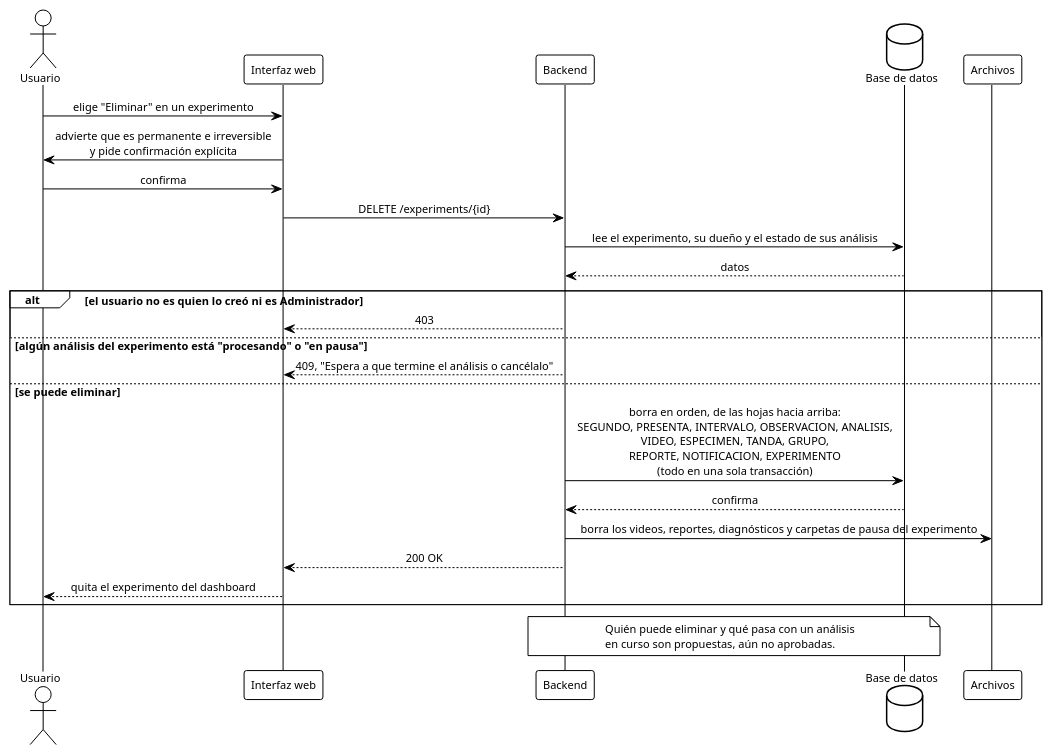
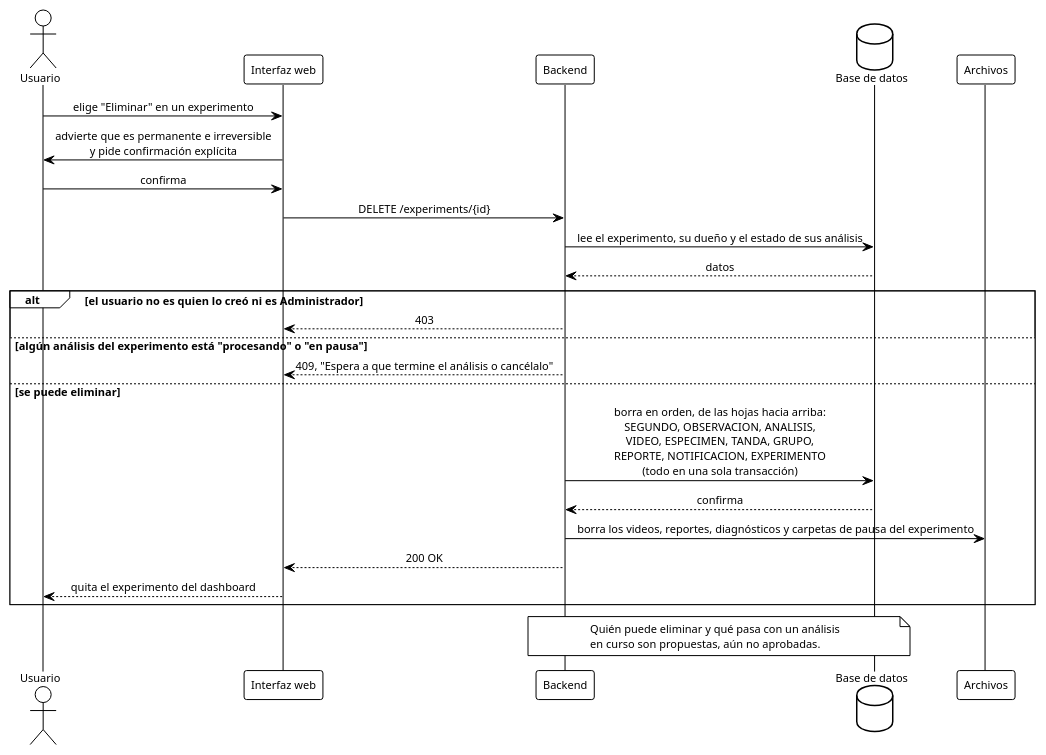
One commit to ErickJester/fst-ai-system-latex changed diagram 34 of 39 in INSTRUCCIONES-WEB.md. Above: the diagram before and after it, drawn with PlantUML. The commit also changed other lines of this file and 45 other files, not shown here.

````diff
--- a/INSTRUCCIONES-WEB.md
+++ b/INSTRUCCIONES-WEB.md
@@ -2918,36 +2875,36 @@
 ```plantuml
 @startuml seq_eliminar_experimento
 !theme plain
 skinparam defaultFontName Arial
 skinparam defaultFontSize 11
 skinparam shadowing false
 skinparam sequenceMessageAlign center
 actor Usuario as u
 participant "Interfaz web" as ui
 participant Backend as api
 database "Base de datos" as db
 participant "Archivos" as fs
 
 u -> ui: elige "Eliminar" en un experimento
 ui -> u: advierte que es permanente e irreversible\ny pide confirmación explícita
 u -> ui: confirma
 ui -> api: DELETE /experiments/{id}
 api -> db: lee el experimento, su dueño y el estado de sus análisis
 db --> api: datos
 alt el usuario no es quien lo creó ni es Administrador
   api --> ui: 403
 else algún análisis del experimento está "procesando" o "en pausa"
   api --> ui: 409, "Espera a que termine el análisis o cancélalo"
 else se puede eliminar
-  api -> db: borra en orden, de las hojas hacia arriba:\nSEGUNDO, PRESENTA, INTERVALO, OBSERVACION, ANALISIS,\nVIDEO, ESPECIMEN, TANDA, GRUPO,\nREPORTE, NOTIFICACION, EXPERIMENTO\n(todo en una sola transacción)
+  api -> db: borra en orden, de las hojas hacia arriba:\nSEGUNDO, OBSERVACION, ANALISIS,\nVIDEO, ESPECIMEN, TANDA, GRUPO,\nREPORTE, NOTIFICACION, EXPERIMENTO\n(todo en una sola transacción)
   db --> api: confirma
   api -> fs: borra los videos, reportes, diagnósticos y carpetas de pausa del experimento
   api --> ui: 200 OK
   ui --> u: quita el experimento del dashboard
 end
 note over api, db
   Quién puede eliminar y qué pasa con un análisis
   en curso son propuestas, aún no aprobadas.
 end note
 @enduml
 ```
````
